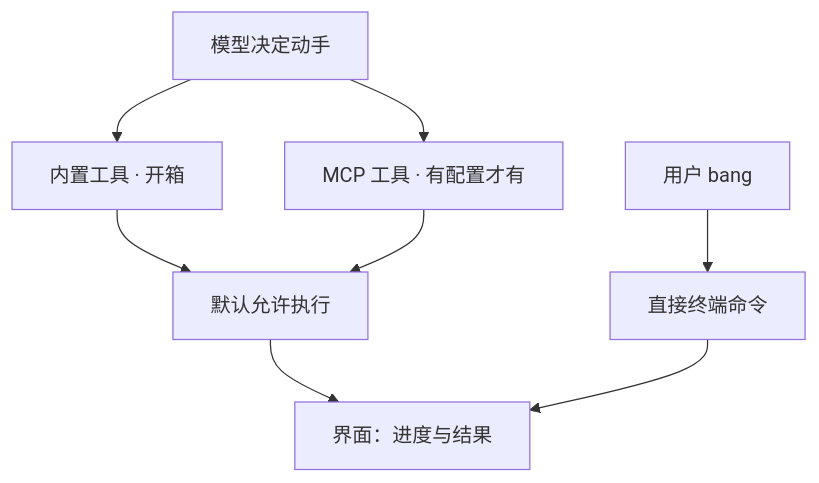
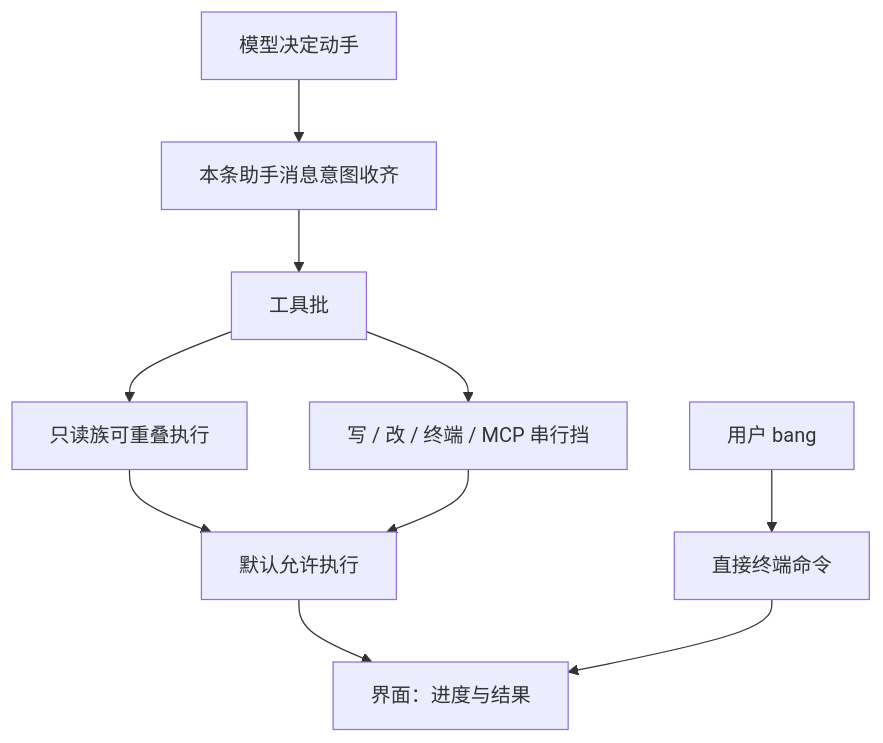
The diagram in docs/architecture/工具与权限.md (StrayDragon/xylitol), drawn with Mermaid before and after one commit. The commit also changed other lines of this file and 5 other files, not shown here.

First line of the commit message:
docs: land tool-batch architecture and shelve low-ROI drafts

````diff
--- a/docs/architecture/工具与权限.md
+++ b/docs/architecture/工具与权限.md
@@ -18,10 +18,12 @@
 ```mermaid
 flowchart TB
-  Model["模型决定动手"] --> Builtin["内置工具 · 开箱"]
-  Model --> MCP["MCP 工具 · 有配置才有"]
+  Model["模型决定动手"] --> Intent["本条助手消息意图收齐"]
+  Intent --> Batch["工具批"]
+  Batch --> Read["只读族可重叠执行"]
+  Batch --> Write["写 / 改 / 终端 / MCP 串行挡"]
+  Read --> Allow["默认允许执行"]
+  Write --> Allow
   User["用户 bang"] --> Shell["直接终端命令"]
-  Builtin --> Allow["默认允许执行"]
-  MCP --> Allow
   Allow --> UI["界面：进度与结果"]
   Shell --> UI
 ```
````
